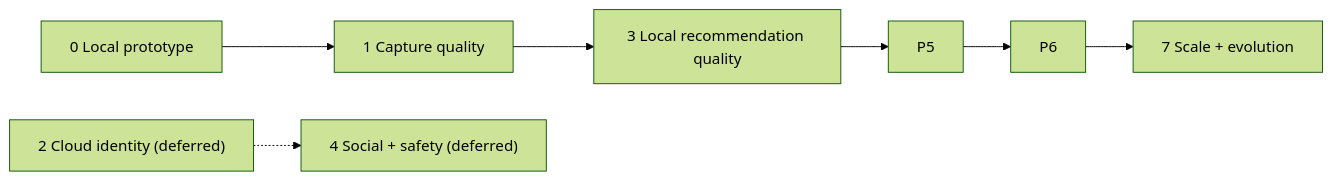
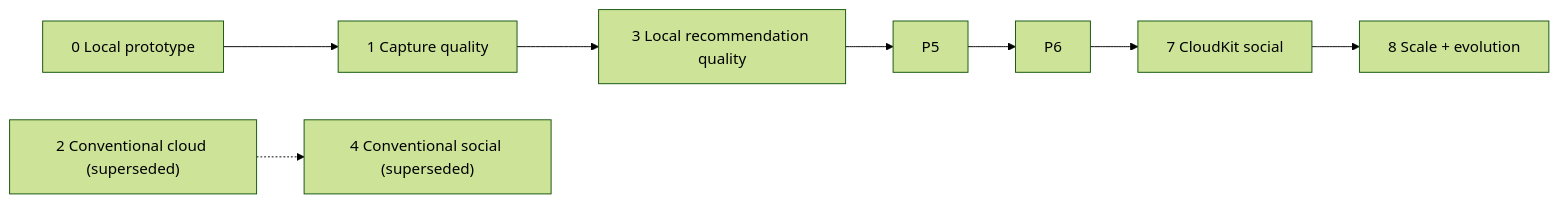
Before and after one commit to mkodithuwakku/myCloset: the diagram in docs/ROADMAP.md, drawn with Mermaid (forest theme). The commit also changed other lines of this file and 24 other files, not shown here.

Commit message:
Plan post-release CloudKit social

````diff
--- a/docs/ROADMAP.md
+++ b/docs/ROADMAP.md
@@ -48,9 +49,10 @@
 ```mermaid
 flowchart LR
     P0["0 Local prototype"] --> P1["1 Capture quality"]
     P1 --> P3["3 Local recommendation quality"]
     P3 --> P5
     P5 --> P6
-    P6 --> P7["7 Scale + evolution"]
-    P2["2 Cloud identity (deferred)"] -.-> P4["4 Social + safety (deferred)"]
+    P6 --> P7["7 CloudKit social"]
+    P7 --> P8["8 Scale + evolution"]
+    P2["2 Conventional cloud (superseded)"] -.-> P4["4 Conventional social (superseded)"]
 ```
````
